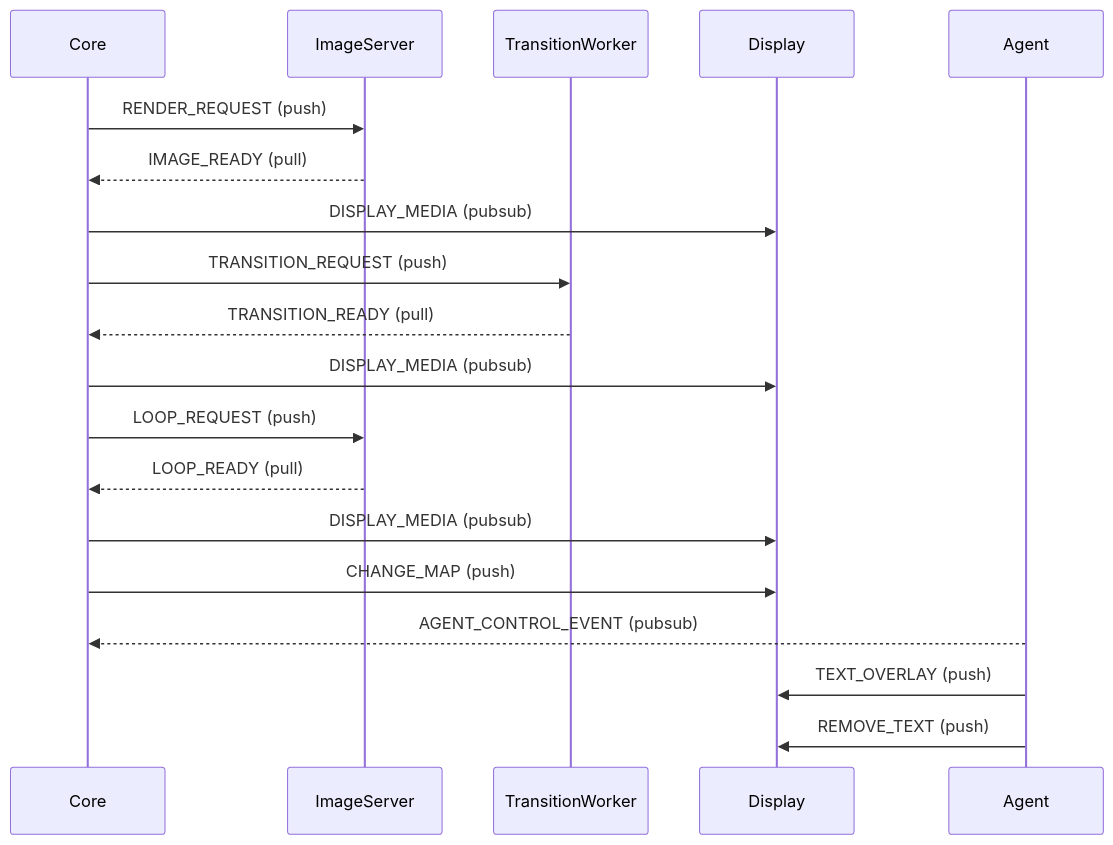
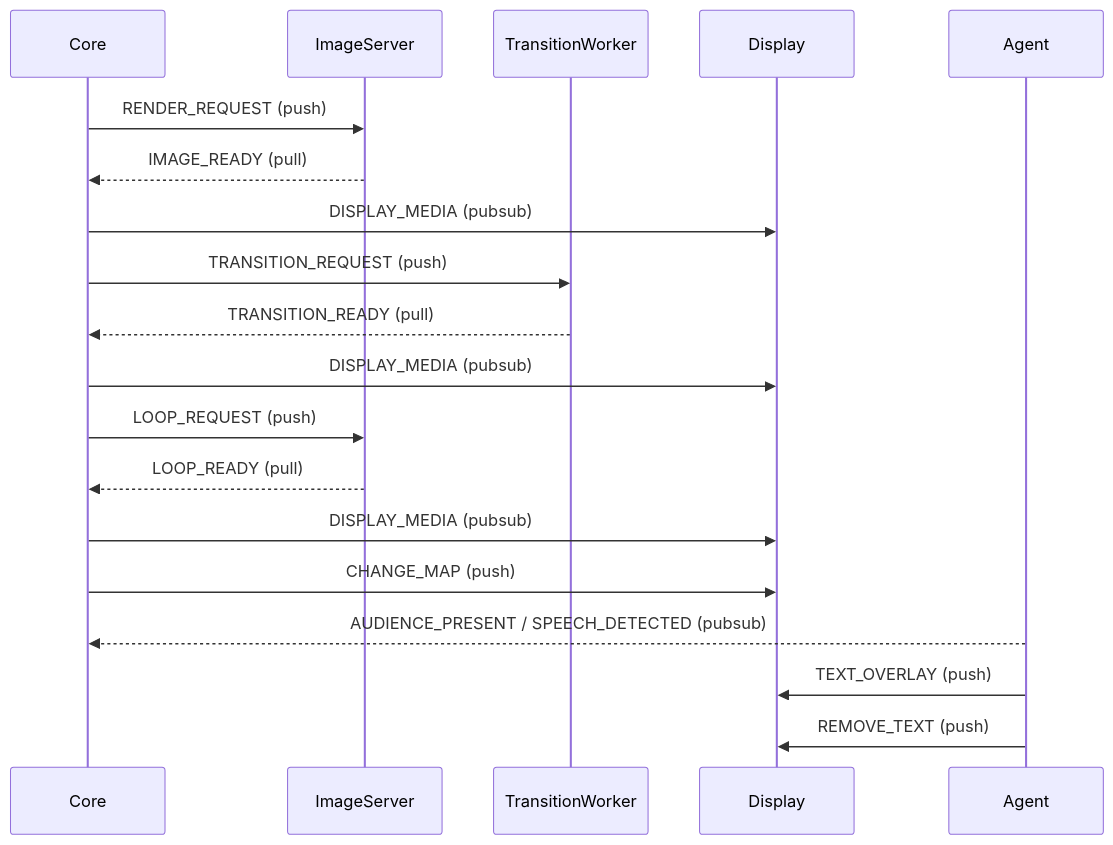
The diagram in experimance/technical_design.md (RKelln/experimance), drawn with Mermaid before and after one commit. The commit also changed other lines of this file and 10 other files, not shown here.

Commit message:
first pass on agent -> core presence cleanup

````diff
--- a/experimance/technical_design.md
+++ b/experimance/technical_design.md
@@ -115,31 +115,31 @@
 ```mermaid
 sequenceDiagram
     participant Core
     participant ImageServer
     participant TransitionWorker
     participant Display
     participant Agent
 
     %% Main flow
     Core->>ImageServer: RENDER_REQUEST (push)
     ImageServer-->>Core: IMAGE_READY (pull)
     Core->>Display: DISPLAY_MEDIA (pubsub)
 
     %% Future: transitions
     Core->>TransitionWorker: TRANSITION_REQUEST (push)
     TransitionWorker-->>Core: TRANSITION_READY (pull)
     Core->>Display: DISPLAY_MEDIA (pubsub)
 
     %% Possible: loops
     Core->>ImageServer: LOOP_REQUEST (push)
     ImageServer-->>Core: LOOP_READY (pull)
     Core->>Display: DISPLAY_MEDIA (pubsub)
 
     %% Additional core events
     Core->>Display: CHANGE_MAP (push)
 
     %% Agent interactions
-    Agent-->>Core: AGENT_CONTROL_EVENT (pubsub)
+    Agent-->>Core: AUDIENCE_PRESENT / SPEECH_DETECTED (pubsub)
     Agent->>Display: TEXT_OVERLAY (push)
     Agent->>Display: REMOVE_TEXT (push)
 ```
````
